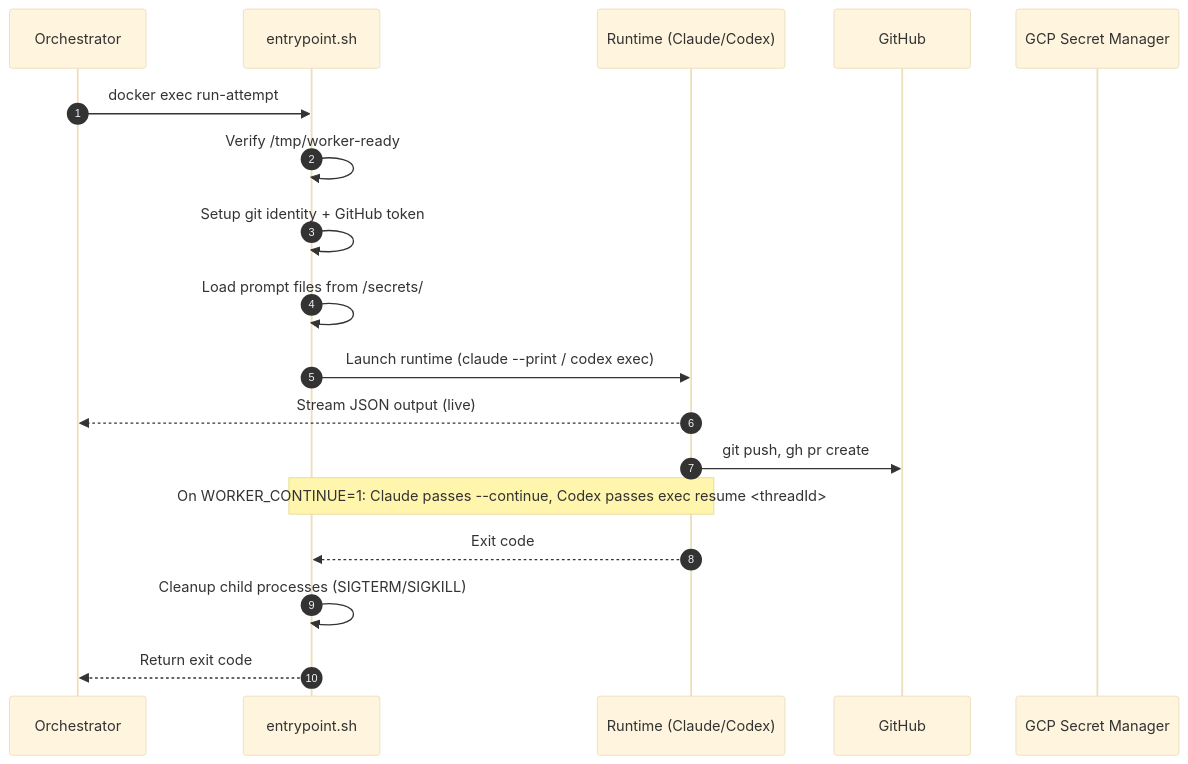
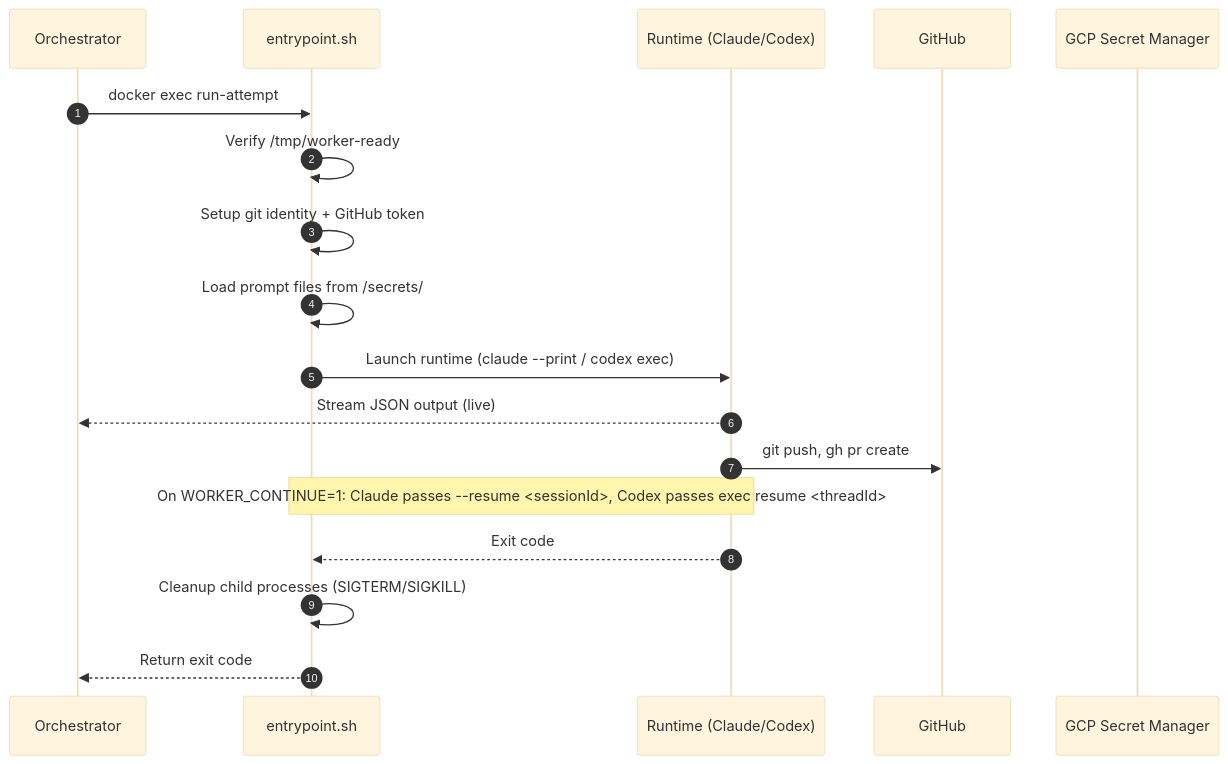
One commit to pbuchman/intexuraos changed the second of 2 diagrams in docs/services/code-worker/technical.md. Above: the diagram before and after it, drawn with Mermaid (base theme). The commit also changed other lines of this file and 132 other files, not shown here.

````diff
--- a/docs/services/code-worker/technical.md
+++ b/docs/services/code-worker/technical.md
@@ -64,21 +64,21 @@
 ```mermaid
 sequenceDiagram
     autonumber
     participant O as Orchestrator
     participant E as entrypoint.sh
     participant R as Runtime (Claude/Codex)
     participant GH as GitHub
     participant GCP as GCP Secret Manager
 
     O->>E: docker exec run-attempt
     E->>E: Verify /tmp/worker-ready
     E->>E: Setup git identity + GitHub token
     E->>E: Load prompt files from /secrets/
     E->>R: Launch runtime (claude --print / codex exec)
     R-->>O: Stream JSON output (live)
     R->>GH: git push, gh pr create
-    Note over E,R: On WORKER_CONTINUE=1: Claude passes --continue, Codex passes exec resume <threadId>
+    Note over E,R: On WORKER_CONTINUE=1: Claude passes --resume <sessionId>, Codex passes exec resume <threadId>
     R-->>E: Exit code
     E->>E: Cleanup child processes (SIGTERM/SIGKILL)
     E-->>O: Return exit code
 ```
````
